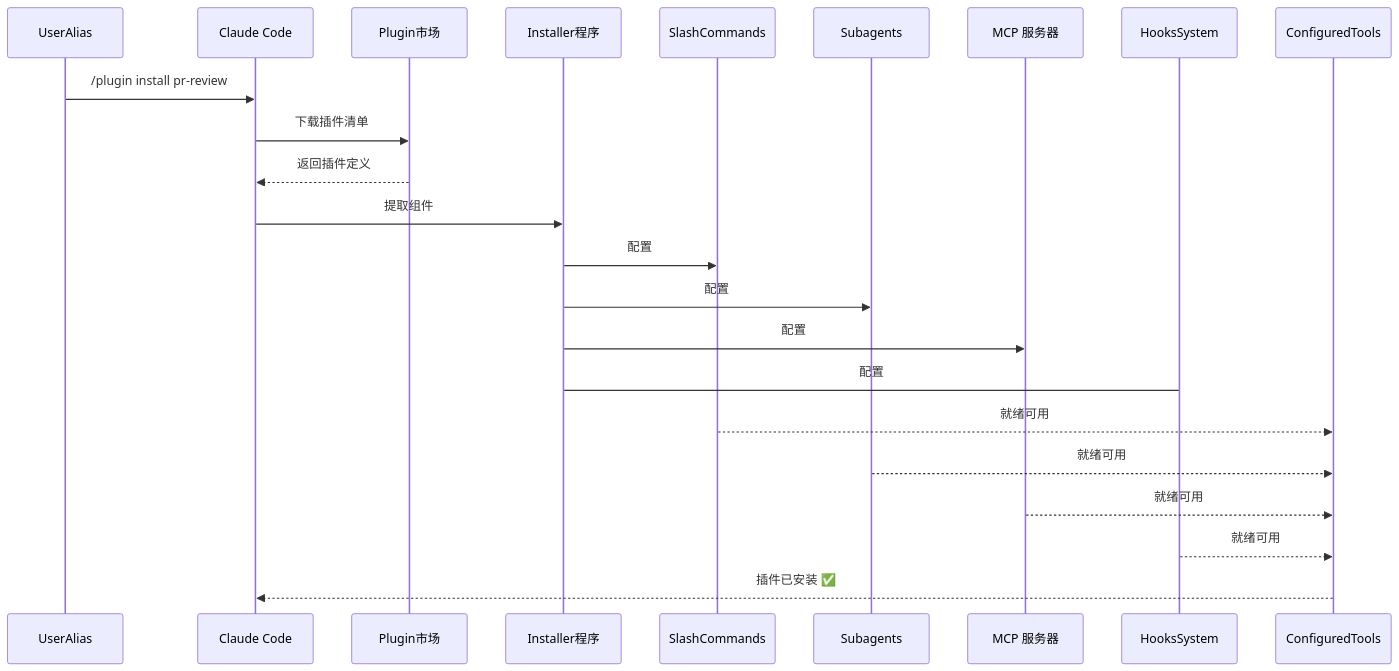
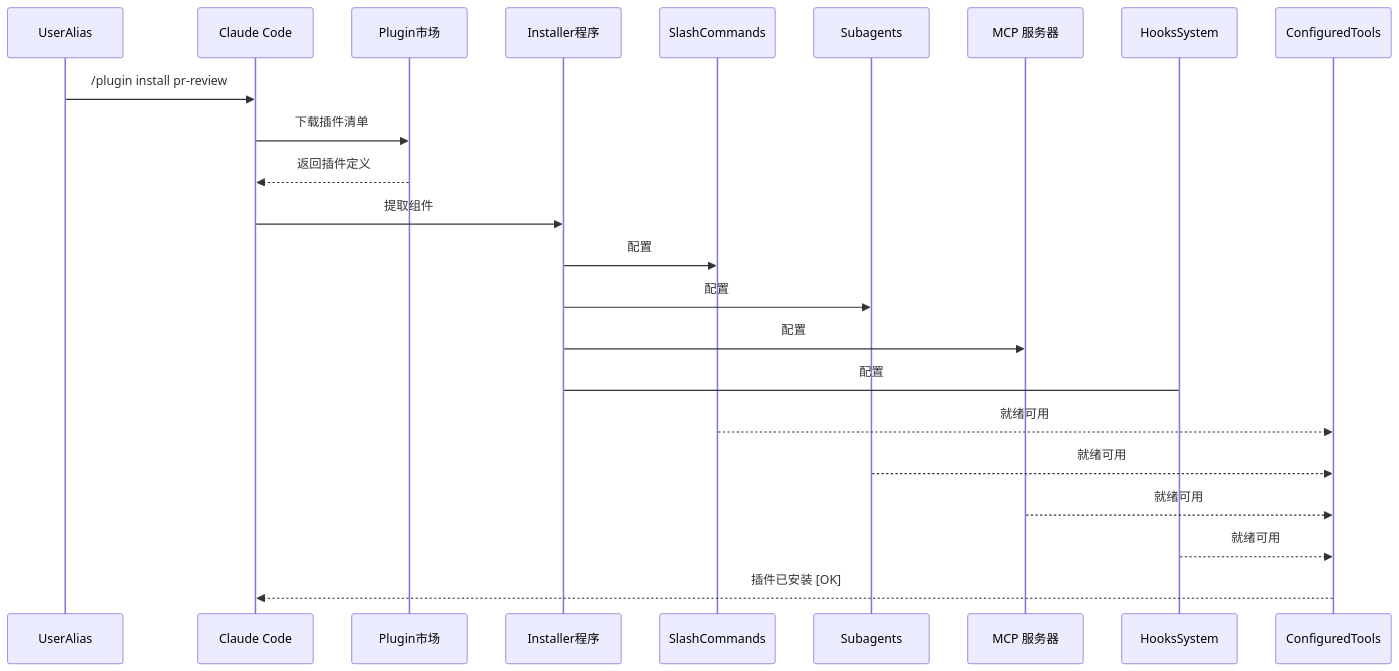
One commit to Rx782-Fss/claude-howto-zh changed the second of 5 diagrams in 07-plugins/README.md. Above: the diagram before and after it, drawn with Mermaid. The commit also changed other lines of this file and 5 other files, not shown here.

Commit message:
fix: Mermaid 内全角括号/问号/emoji/<br/> 改为半角ASCII避免 GitHub 渲染失败

````diff
--- a/07-plugins/README.md
+++ b/07-plugins/README.md
@@ -34,26 +34,26 @@
 ```mermaid
 sequenceDiagram
     participant User as UserAlias
     participant Claude as Claude Code
     participant Plugin as Plugin市场
     participant Install as Installer程序
     participant SlashCmds as SlashCommands
     participant Subagents as Subagents
     participant MCPServers as MCP 服务器
     participant Hooks as HooksSystem
     participant Tools as ConfiguredTools
 
     User->>Claude: /plugin install pr-review
     Claude->>Plugin: 下载插件清单
     Plugin-->>Claude: 返回插件定义
     Claude->>Install: 提取组件
     Install->>SlashCmds: 配置
     Install->>Subagents: 配置
     Install->>MCPServers: 配置
     Install->Hooks: 配置
     SlashCmds-->>Tools: 就绪可用
     Subagents-->>Tools: 就绪可用
     MCPServers-->>Tools: 就绪可用
     Hooks-->>Tools: 就绪可用
-    Tools-->>Claude: 插件已安装 ✅
+    Tools-->>Claude: 插件已安装 [OK]
 ```
````
